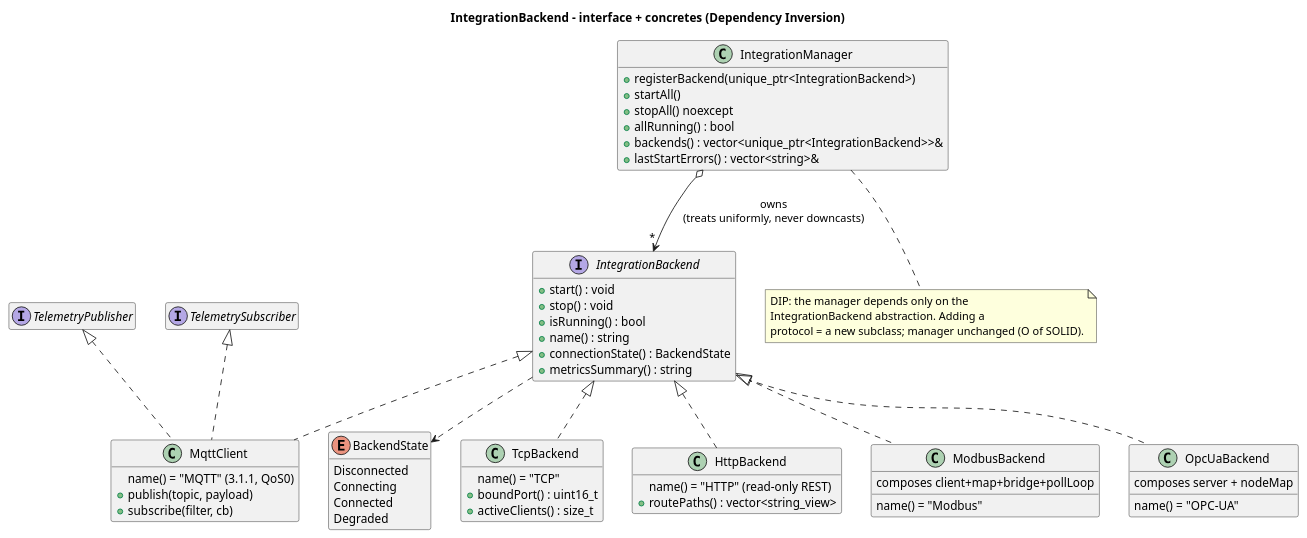
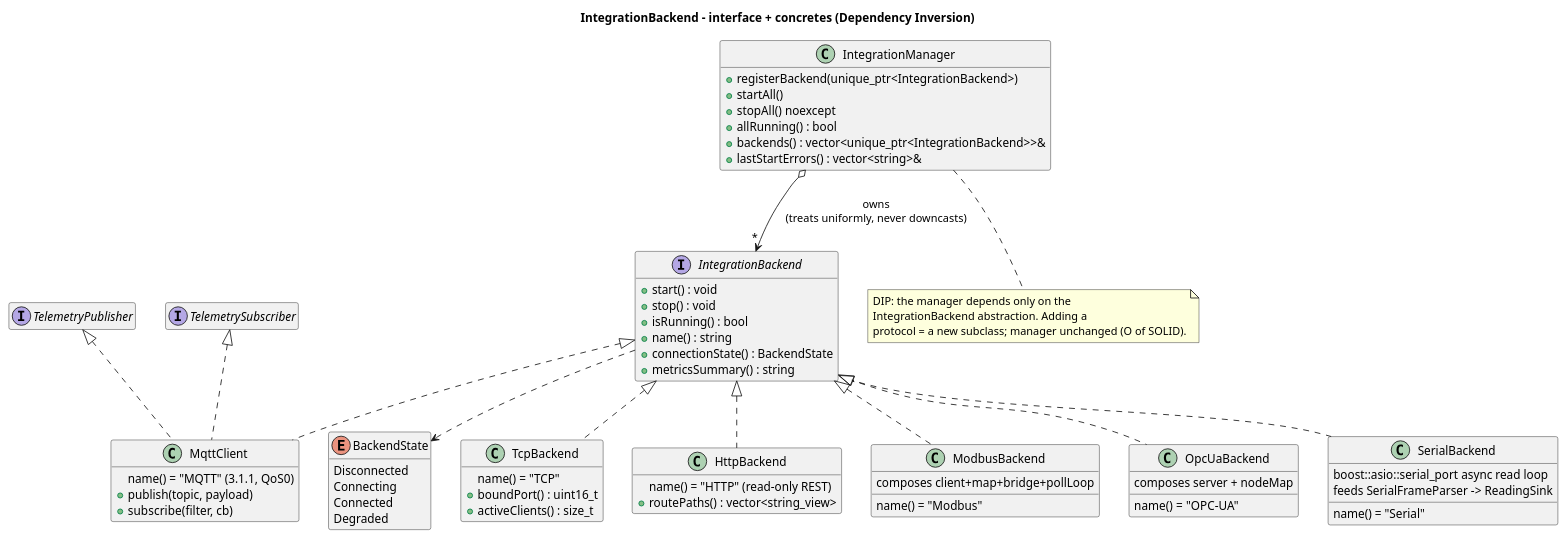
One commit to bogdanbaloi/industrial-hmi changed the diagram in docs/uml/class-integration-backend.puml. Above: the diagram before and after it, drawn with PlantUML. The commit also changed 3 other files, not shown here.

First line of the commit message:
Add serial backend UML diagrams

```diff
--- a/docs/uml/class-integration-backend.puml
+++ b/docs/uml/class-integration-backend.puml
@@ -1,87 +1,93 @@
 @startuml class-integration-backend
 ' Class diagram: IntegrationBackend interface + concrete backends (DIP).
 '
 ' Grounded in real source:
 '   - src/integration/IntegrationBackend.h  (interface + BackendState enum)
 '   - src/integration/IntegrationManager.h  (owns backends by interface)
 '   - src/integration/TcpBackend.h
 '   - src/integration/MqttClient.h  (also TelemetryPublisher/Subscriber)
 '   - src/integration/HttpBackend.h
 '   - src/integration/modbus/ModbusBackend.h
 '   - src/integration/opcua/OpcUaBackend.h
 ' Signatures copied verbatim from those headers.
 
 title IntegrationBackend - interface + concretes (Dependency Inversion)
 
 skinparam shadowing false
 hide empty members
 
 enum BackendState {
   Disconnected
   Connecting
   Connected
   Degraded
 }
 
 interface IntegrationBackend {
   +start() : void
   +stop() : void
   +isRunning() : bool
   +name() : string
   +connectionState() : BackendState
   +metricsSummary() : string
 }
 IntegrationBackend ..> BackendState
 
 class IntegrationManager {
   +registerBackend(unique_ptr<IntegrationBackend>)
   +startAll()
   +stopAll() noexcept
   +allRunning() : bool
   +backends() : vector<unique_ptr<IntegrationBackend>>&
   +lastStartErrors() : vector<string>&
 }
 IntegrationManager o--> "*" IntegrationBackend : owns\n(treats uniformly, never downcasts)
 
 class TcpBackend {
   name() = "TCP"
   +boundPort() : uint16_t
   +activeClients() : size_t
 }
 class MqttClient {
   name() = "MQTT" (3.1.1, QoS0)
   +publish(topic, payload)
   +subscribe(filter, cb)
 }
 class HttpBackend {
   name() = "HTTP" (read-only REST)
   +routePaths() : vector<string_view>
 }
 class ModbusBackend {
   name() = "Modbus"
   composes client+map+bridge+pollLoop
 }
 class OpcUaBackend {
   name() = "OPC-UA"
   composes server + nodeMap
 }
+class SerialBackend {
+  name() = "Serial"
+  boost::asio::serial_port async read loop
+  feeds SerialFrameParser -> ReadingSink
+}
 
 interface TelemetryPublisher
 interface TelemetrySubscriber
 
 IntegrationBackend <|.. TcpBackend
 IntegrationBackend <|.. MqttClient
 IntegrationBackend <|.. HttpBackend
 IntegrationBackend <|.. ModbusBackend
 IntegrationBackend <|.. OpcUaBackend
+IntegrationBackend <|.. SerialBackend
 
 TelemetryPublisher  <|.. MqttClient
 TelemetrySubscriber <|.. MqttClient
 
 note bottom of IntegrationManager
   DIP: the manager depends only on the
   IntegrationBackend abstraction. Adding a
   protocol = a new subclass; manager unchanged (O of SOLID).
 end note
 
 @enduml
```
